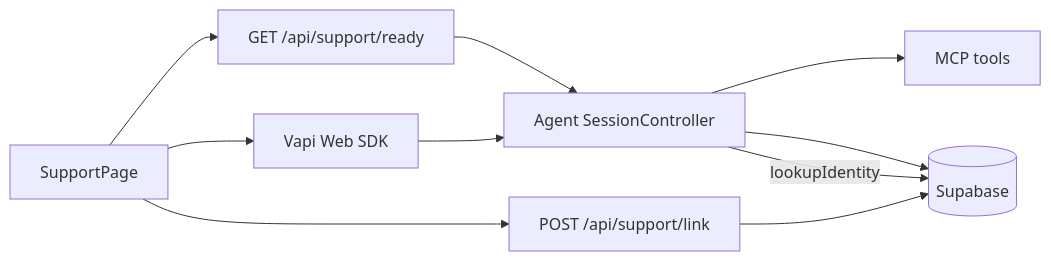
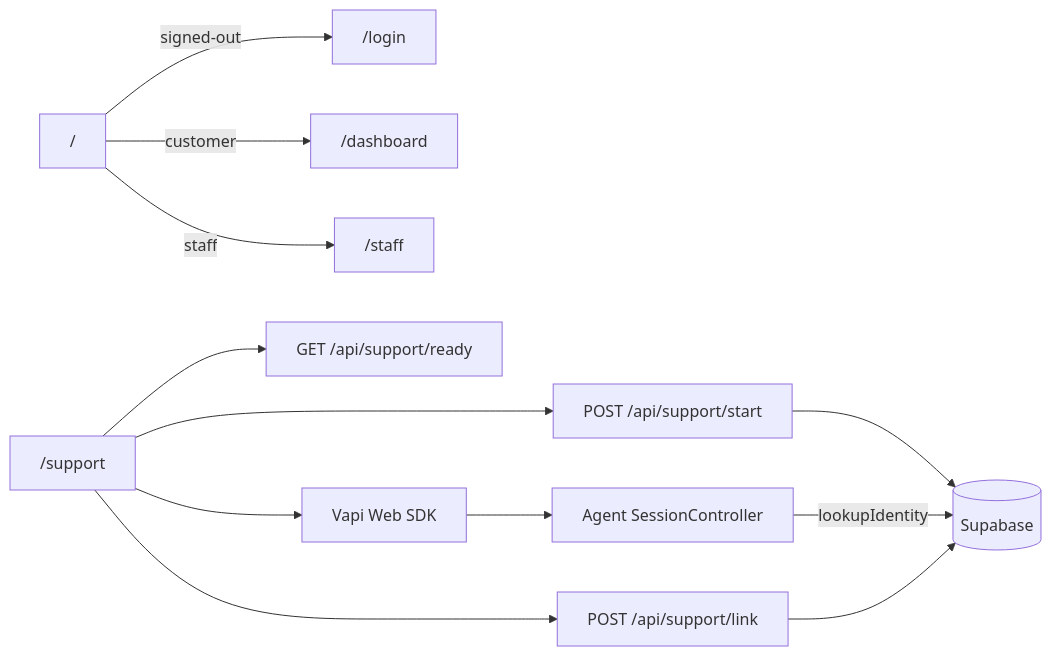
The first of 5 diagrams in docs/BUILD-PLAN-V3.md (tohmyy/relaypay-support-agent), drawn with Mermaid before and after one commit. The commit also changed other lines of this file and 13 other files, not shown here.

First line of the commit message:
v2 ( Live Text Messaging) Implement live text chat and contact method settings for improved customer support

````diff
--- a/docs/BUILD-PLAN-V3.md
+++ b/docs/BUILD-PLAN-V3.md
@@ -102,20 +176,25 @@
 ```mermaid
 flowchart LR
-  Browser[SupportPage]
-  Ready[GET /api/support/ready]
+  Root["/"]
+  Login["/login"]
+  Dash["/dashboard"]
+  Support["/support"]
+  Ready["GET /api/support/ready"]
+  Start["POST /api/support/start"]
   Vapi[Vapi Web SDK]
   Agent[Agent SessionController]
-  MCP[MCP tools]
+  Link["POST /api/support/link"]
   DB[(Supabase)]
-  Link[POST /api/support/link]
 
-  Browser --> Ready
-  Ready --> Agent
-  Agent --> MCP
-  Agent --> DB
-  Browser --> Vapi
+  Root -->|"signed-out"| Login
+  Root -->|"customer"| Dash
+  Root -->|"staff"| StaffHome["/staff"]
+  Support --> Ready
+  Support --> Start
+  Start --> DB
+  Support --> Vapi
   Vapi --> Agent
-  Browser --> Link
+  Support --> Link
   Link --> DB
   Agent -->|"lookupIdentity"| DB
 ```
````
